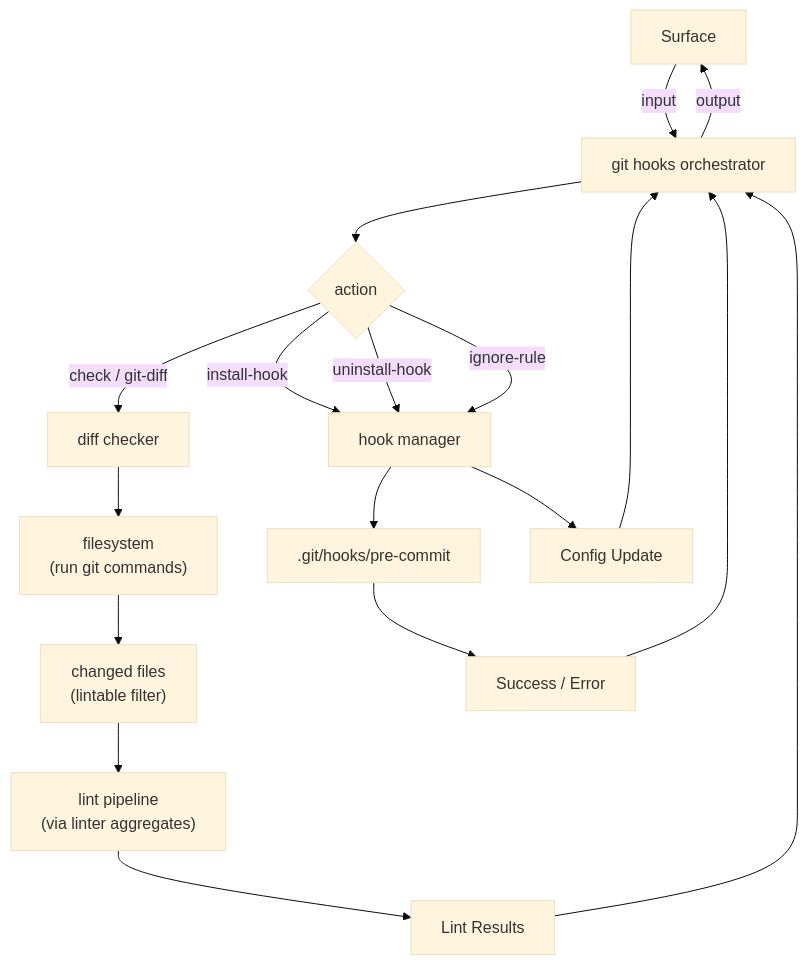
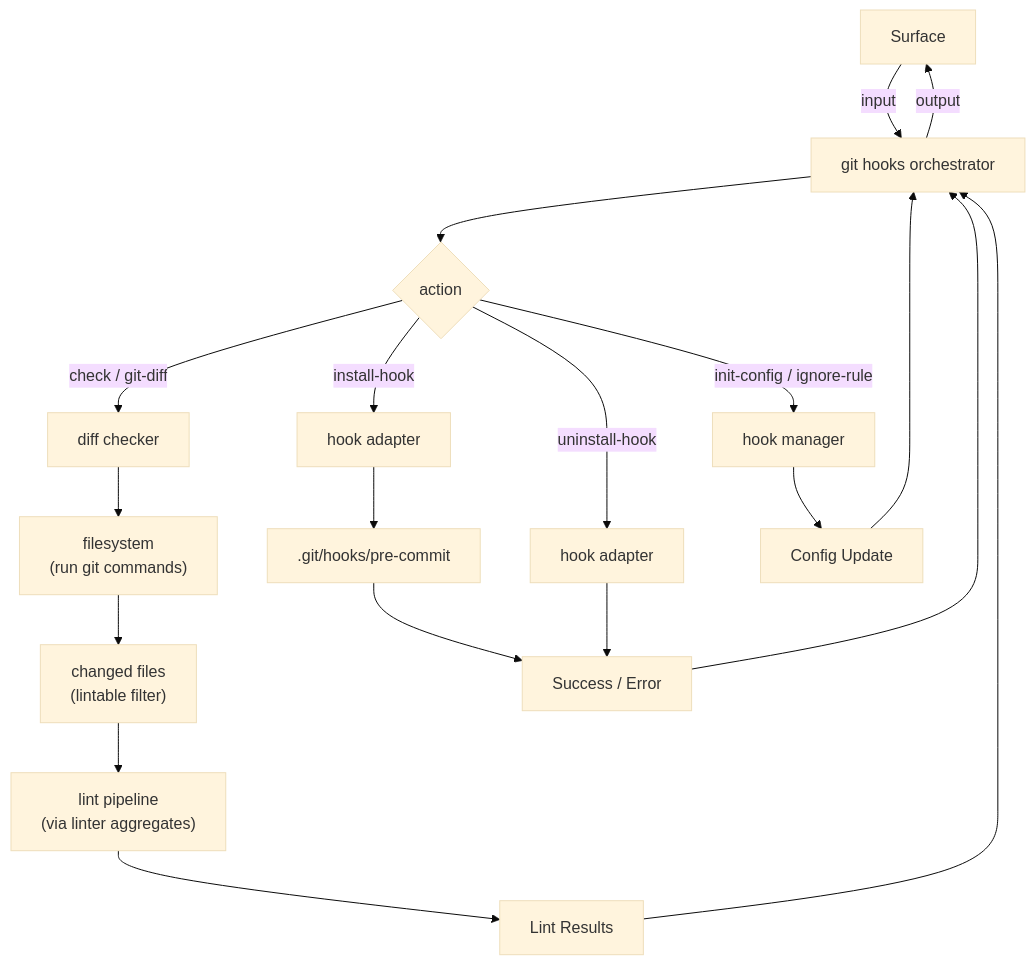
The diagram in crates/git-hooks/FRD.md (rakaarwaky/lint-arwaky), drawn with Mermaid (base theme) before and after one commit. The commit also changed other lines of this file and 24 other files, not shown here.

First line of the commit message:
refactor(git-hooks): split multi-protocol capabilities into single-protocol seams

````diff
--- a/crates/git-hooks/FRD.md
+++ b/crates/git-hooks/FRD.md
@@ -28,25 +28,27 @@
 ```mermaid
 flowchart TD
     A["Surface"] -->|input| B["git hooks orchestrator"]
     B --> C{"action"}
 
     C -->|"check / git-diff"| D["diff checker"]
-    C -->|"install-hook"| E["hook manager"]
-    C -->|"uninstall-hook"| E
-    C -->|"ignore-rule"| E
+    C -->|"install-hook"| E["hook adapter"]
+    C -->|"uninstall-hook"| F["hook adapter"]
+    C -->|"init-config / ignore-rule"| G["hook manager"]
 
-    D --> G["filesystem\n(run git commands)"]
-    G --> H["changed files\n(lintable filter)"]
-    H --> I["lint pipeline\n(via linter aggregates)"]
-    I --> J["Lint Results"]
+    D --> H["filesystem\n(run git commands)"]
+    H --> I["changed files\n(lintable filter)"]
+    I --> J["lint pipeline\n(via linter aggregates)"]
+    J --> K["Lint Results"]
 
-    E --> K[".git/hooks/pre-commit"]
-    K --> L["Success / Error"]
-    E --> M["Config Update"]
+    E --> L[".git/hooks/pre-commit"]
+    L --> M["Success / Error"]
 
-    J --> B
-    L --> B
+    F --> M
+    G --> N["Config Update"]
+
+    K --> B
     M --> B
+    N --> B
+
     B -->|output| A
-
 ```
````
